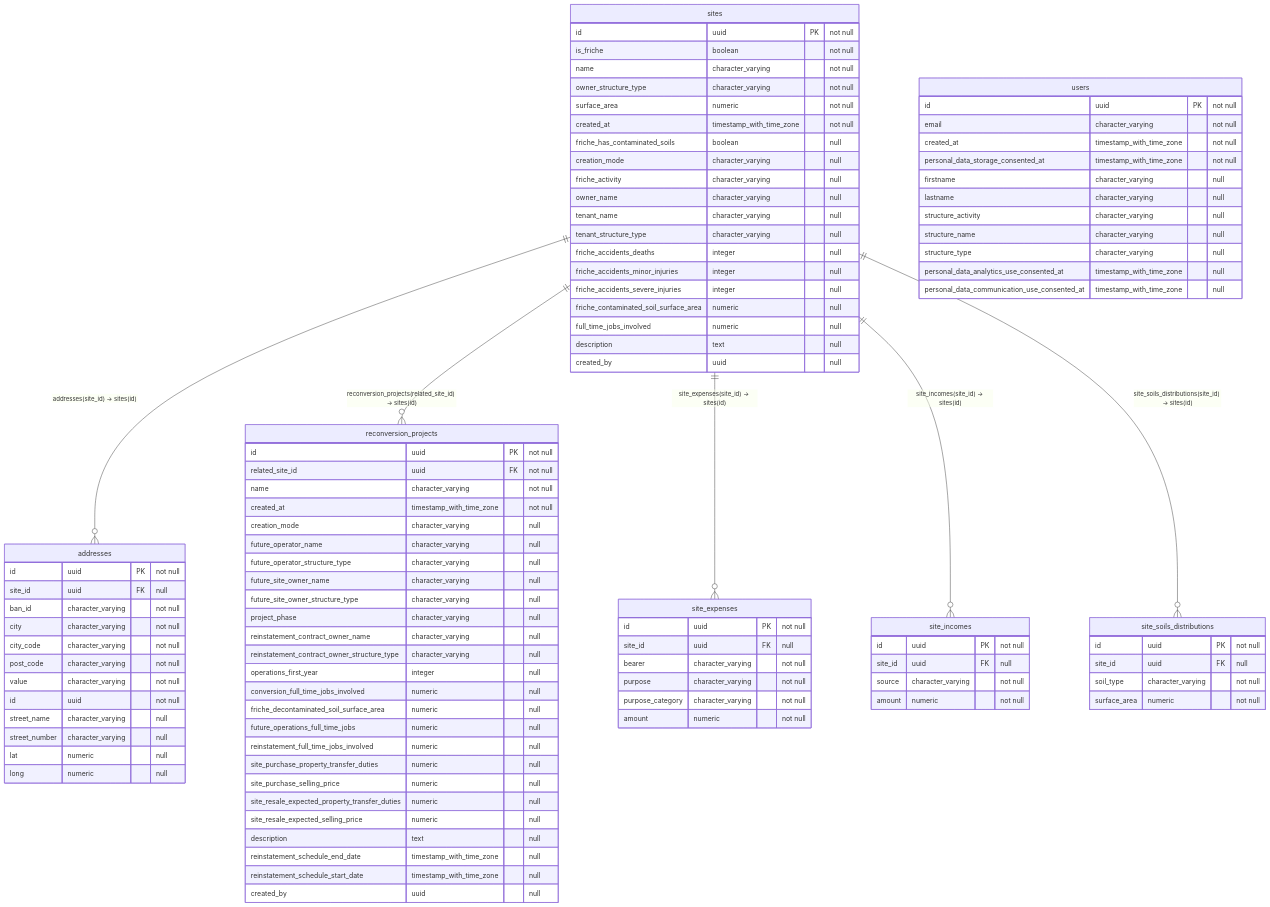
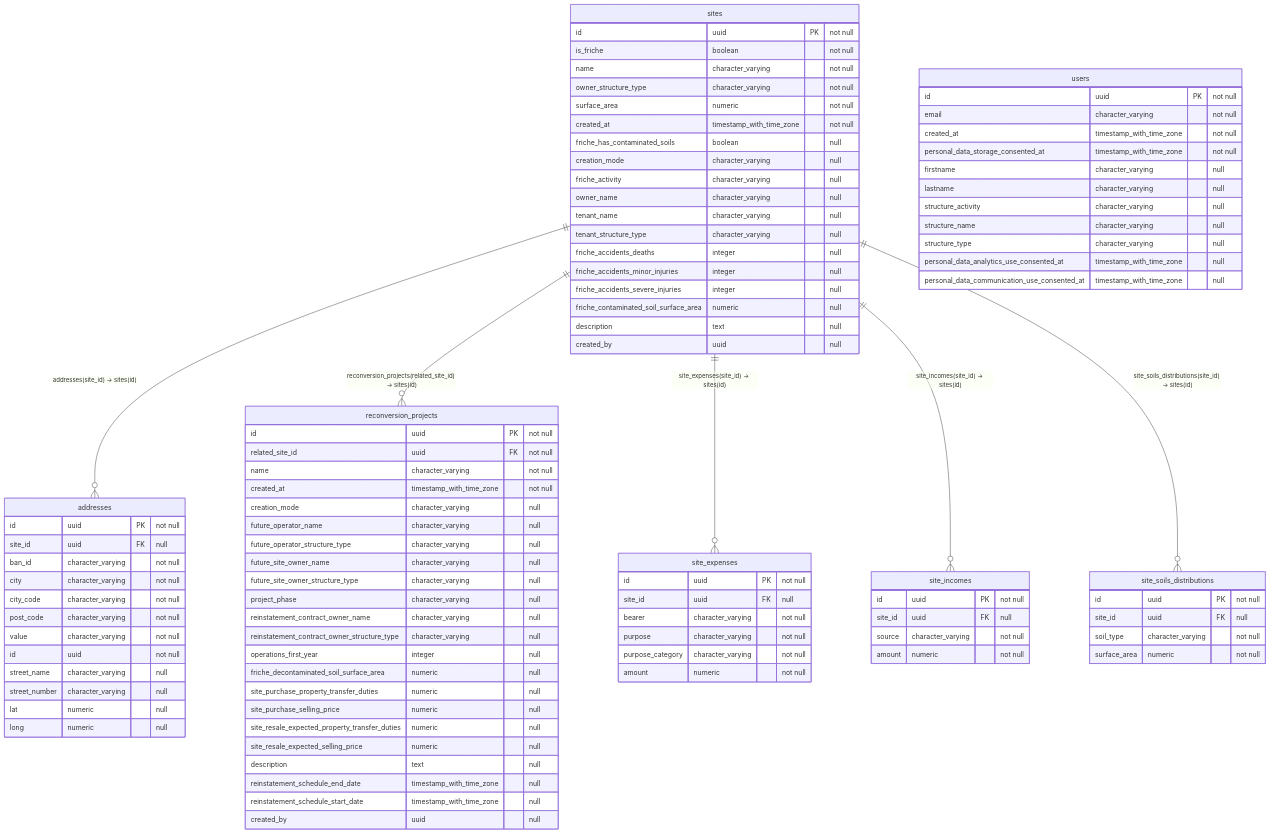
One commit to incubateur-ademe/benefriches changed the diagram in apps/api/docs/db_schema/SITES.md. Above: the diagram before and after it, drawn with Mermaid. The commit also changed 38 other files, not shown here.

Commit message:
feat: remove full time jobs values from database and always use default computed values

```diff
--- a/apps/api/docs/db_schema/SITES.md
+++ b/apps/api/docs/db_schema/SITES.md
@@ -32,10 +32,7 @@
         reinstatement_contract_owner_name character_varying "null"
         reinstatement_contract_owner_structure_type character_varying "null"
         operations_first_year integer "null"
-        conversion_full_time_jobs_involved numeric "null"
         friche_decontaminated_soil_surface_area numeric "null"
-        future_operations_full_time_jobs numeric "null"
-        reinstatement_full_time_jobs_involved numeric "null"
         site_purchase_property_transfer_duties numeric "null"
         site_purchase_selling_price numeric "null"
         site_resale_expected_property_transfer_duties numeric "null"
@@ -86,7 +83,6 @@
         friche_accidents_minor_injuries integer "null"
         friche_accidents_severe_injuries integer "null"
         friche_contaminated_soil_surface_area numeric "null"
-        full_time_jobs_involved numeric "null"
         description text "null"
         created_by uuid "null"
     }
```
